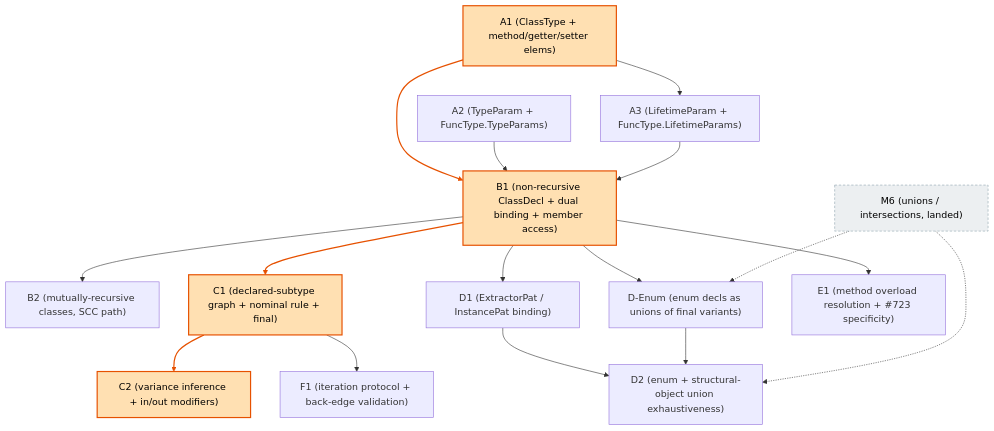
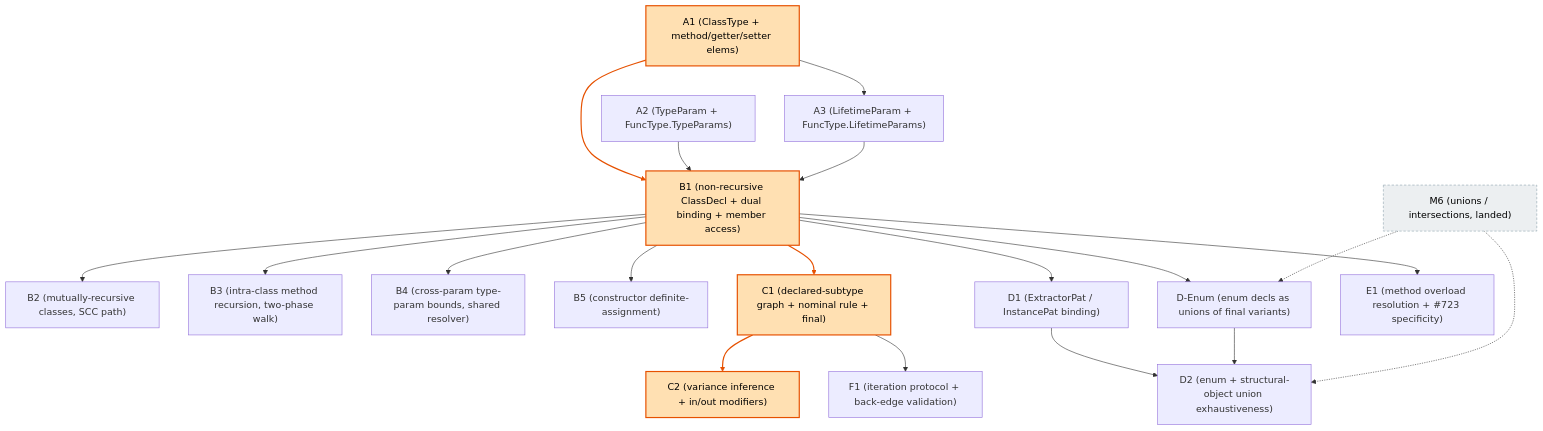
The diagram in planning/simple_sub/m5-implementation-plan.md (escalier-lang/escalier), drawn with Mermaid before and after one commit. The commit also changed other lines of this file and 6 other files, not shown here.

````diff
--- a/planning/simple_sub/m5-implementation-plan.md
+++ b/planning/simple_sub/m5-implementation-plan.md
@@ -1061,38 +1185,44 @@
 ```mermaid
 graph TD
     A1["A1 (ClassType + method/getter/setter elems)"]
     A2["A2 (TypeParam + FuncType.TypeParams)"]
     A3["A3 (LifetimeParam + FuncType.LifetimeParams)"]
     B1["B1 (non-recursive ClassDecl + dual binding + member access)"]
     B2["B2 (mutually-recursive classes, SCC path)"]
+    B3["B3 (intra-class method recursion, two-phase walk)"]
+    B4["B4 (cross-param type-param bounds, shared resolver)"]
+    B5["B5 (constructor definite-assignment)"]
     C1["C1 (declared-subtype graph + nominal rule + final)"]
     C2["C2 (variance inference + in/out modifiers)"]
     F1["F1 (iteration protocol + back-edge validation)"]
     D1["D1 (ExtractorPat / InstancePat binding)"]
     DEnum["D-Enum (enum decls as unions of final variants)"]
     D2["D2 (enum + structural-object union exhaustiveness)"]
     E1["E1 (method overload resolution + #723 specificity)"]
     M6["M6 (unions / intersections, landed)"]
 
     A1 --> B1
     A1 --> A3
     A2 --> B1
     A3 --> B1
     B1 --> B2
+    B1 --> B3
+    B1 --> B4
+    B1 --> B5
     B1 --> C1
     B1 --> D1
     B1 --> DEnum
     B1 --> E1
     C1 --> C2
     C1 --> F1
     D1 --> D2
     DEnum --> D2
     M6 -.-> DEnum
     M6 -.-> D2
 
     classDef crit fill:#ffe0b2,stroke:#e65100,stroke-width:2px,color:#000;
     classDef landed fill:#eceff1,stroke:#90a4ae,stroke-dasharray:4 3,color:#000;
     class A1,B1,C1,C2 crit;
     class M6 landed;
-    linkStyle 0,5,9 stroke:#e65100,stroke-width:2px;
+    linkStyle 0,8,12 stroke:#e65100,stroke-width:2px;
 ```
````
